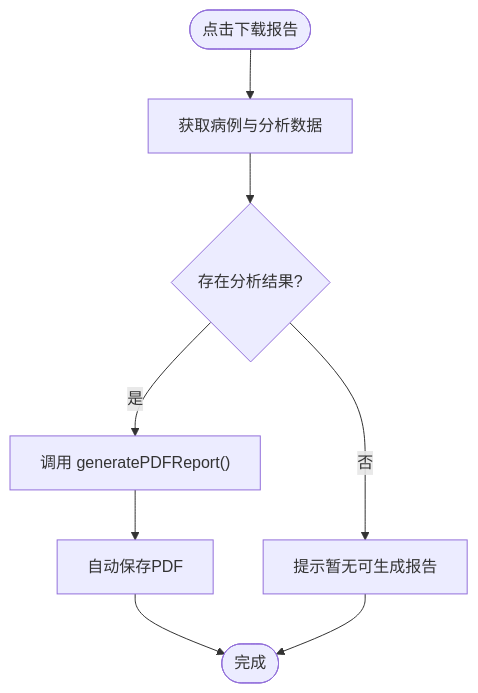
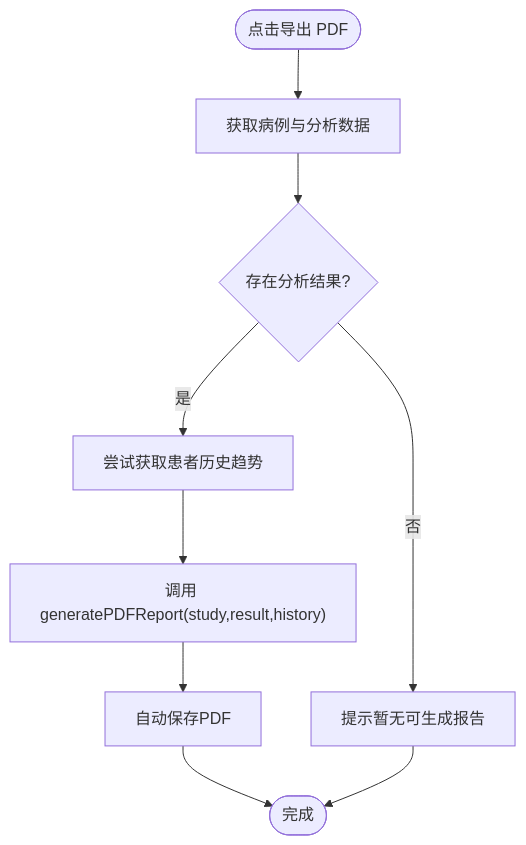
The third of 7 diagrams in wiki/后端架构/API端点参考/报告管理API/PDF报告生成说明.md (xingranya/CervixDetectAI), drawn with Mermaid before and after one commit. The commit also changed other lines of this file and 10 other files, not shown here.

````diff
--- a/wiki/后端架构/API端点参考/报告管理API/PDF报告生成说明.md
+++ b/wiki/后端架构/API端点参考/报告管理API/PDF报告生成说明.md
@@ -147,10 +159,11 @@
 ```mermaid
 flowchart TD
-Start(["点击下载报告"]) --> Fetch["获取病例与分析数据"]
+Start(["点击导出 PDF"]) --> Fetch["获取病例与分析数据"]
 Fetch --> HasResult{"存在分析结果?"}
 HasResult --> |否| Warn["提示暂无可生成报告"]
-HasResult --> |是| Gen["调用 generatePDFReport()"]
+HasResult --> |是| History["尝试获取患者历史趋势"]
+History --> Gen["调用 generatePDFReport(study,result,history)"]
 Gen --> Save["自动保存PDF"]
 Save --> End(["完成"])
 Warn --> End
 ```
````
